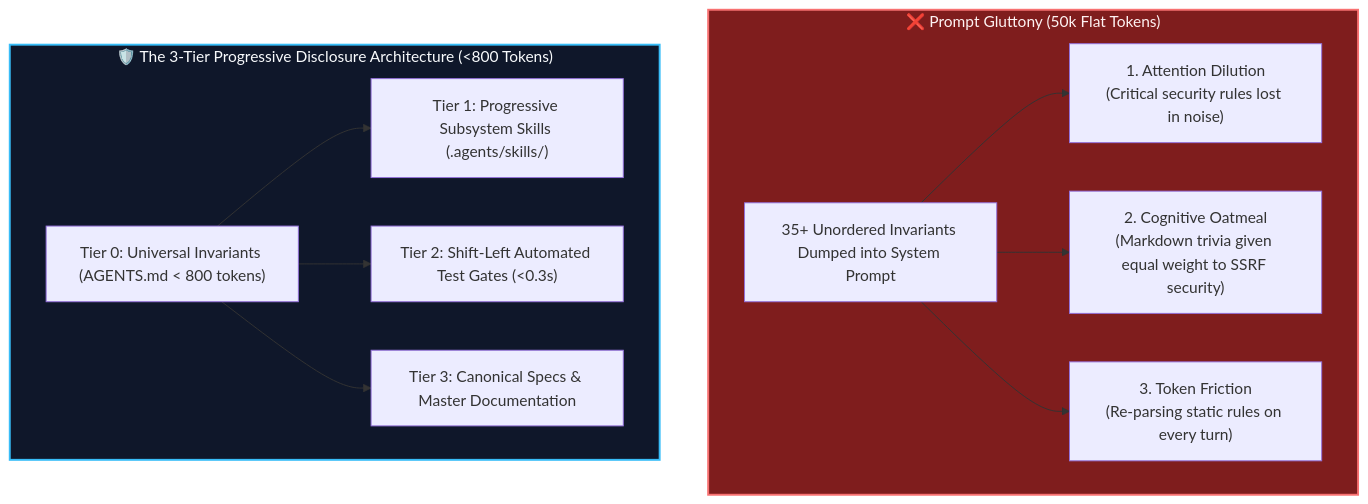
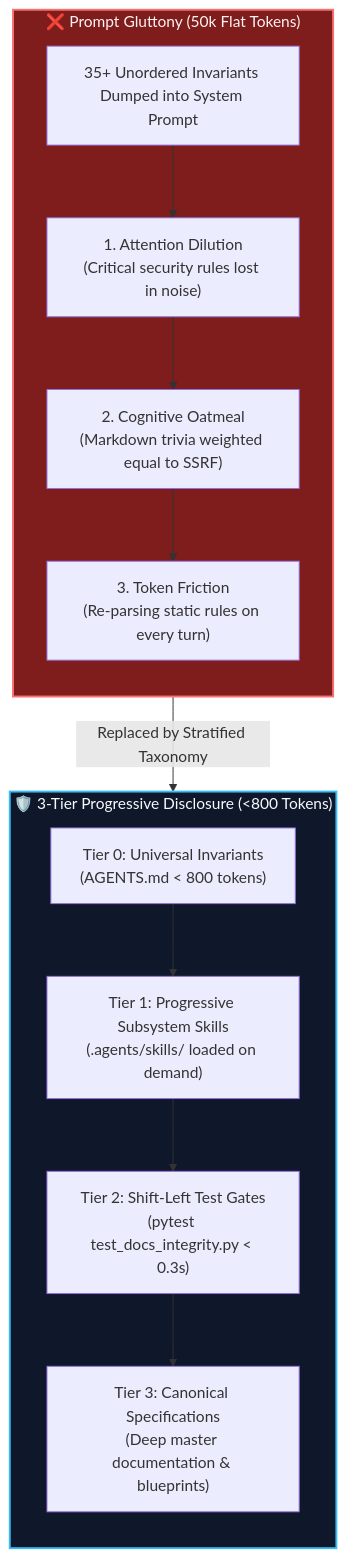
The first of 3 diagrams in blog/the-silicon-hangover.md (artibyrd/credence-docs), drawn with Mermaid before and after one commit. The commit also changed other lines of this file and 10 other files, not shown here.

Commit message:
feat(ui): add interactive diagram pan-zoom controls, fullscreen lightbox, and optimize typography

````diff
--- a/blog/the-silicon-hangover.md
+++ b/blog/the-silicon-hangover.md
@@ -29,25 +29,23 @@
 ```mermaid
-graph TD
+flowchart TD
     subgraph PromptGluttony ["❌ Prompt Gluttony (50k Flat Tokens)"]
+        direction TB
         Flat["35+ Unordered Invariants Dumped into System Prompt"]
-        Dilution["1. Attention Dilution<br/>(Critical security rules lost in noise)"]
-        Oatmeal["2. Cognitive Oatmeal<br/>(Markdown trivia given equal weight to SSRF security)"]
-        Waste["3. Token Friction<br/>(Re-parsing static rules on every turn)"]
-        Flat --> Dilution
-        Flat --> Oatmeal
-        Flat --> Waste
+        --> Dilution["1. Attention Dilution<br/>(Critical security rules lost in noise)"]
+        --> Oatmeal["2. Cognitive Oatmeal<br/>(Markdown trivia weighted equal to SSRF)"]
+        --> Waste["3. Token Friction<br/>(Re-parsing static rules on every turn)"]
     end
 
-    subgraph StratifiedDiet ["🛡️ The 3-Tier Progressive Disclosure Architecture (<800 Tokens)"]
-        T0["Tier 0: Universal Invariants (AGENTS.md < 800 tokens)"]
-        T1["Tier 1: Progressive Subsystem Skills (.agents/skills/)"]
-        T2["Tier 2: Shift-Left Automated Test Gates (<0.3s)"]
-        T3["Tier 3: Canonical Specs & Master Documentation"]
-        T0 --> T1
-        T0 --> T2
-        T0 --> T3
+    subgraph StratifiedDiet ["🛡️ 3-Tier Progressive Disclosure (<800 Tokens)"]
+        direction TB
+        T0["Tier 0: Universal Invariants<br/>(AGENTS.md &lt; 800 tokens)"]
+        --> T1["Tier 1: Progressive Subsystem Skills<br/>(.agents/skills/ loaded on demand)"]
+        --> T2["Tier 2: Shift-Left Test Gates<br/>(pytest test_docs_integrity.py &lt; 0.3s)"]
+        --> T3["Tier 3: Canonical Specifications<br/>(Deep master documentation & blueprints)"]
     end
+
+    PromptGluttony -->|"Replaced by Stratified Taxonomy"| StratifiedDiet
 
     style PromptGluttony fill:#7f1d1d,stroke:#f87171,stroke-width:2px,color:#fef2f2
     style StratifiedDiet fill:#0f172a,stroke:#38bdf8,stroke-width:2px,color:#f8fafc
 ```
````
